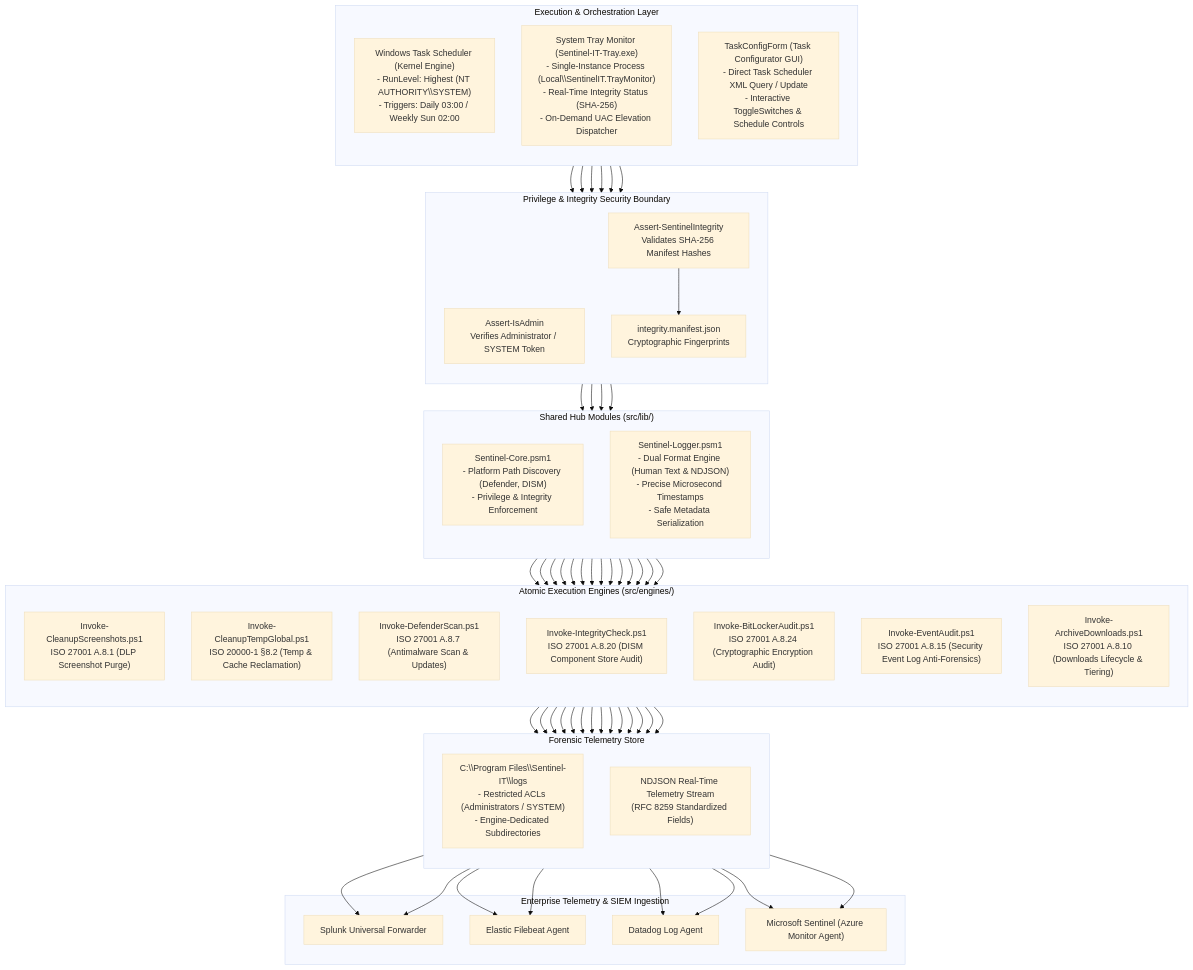
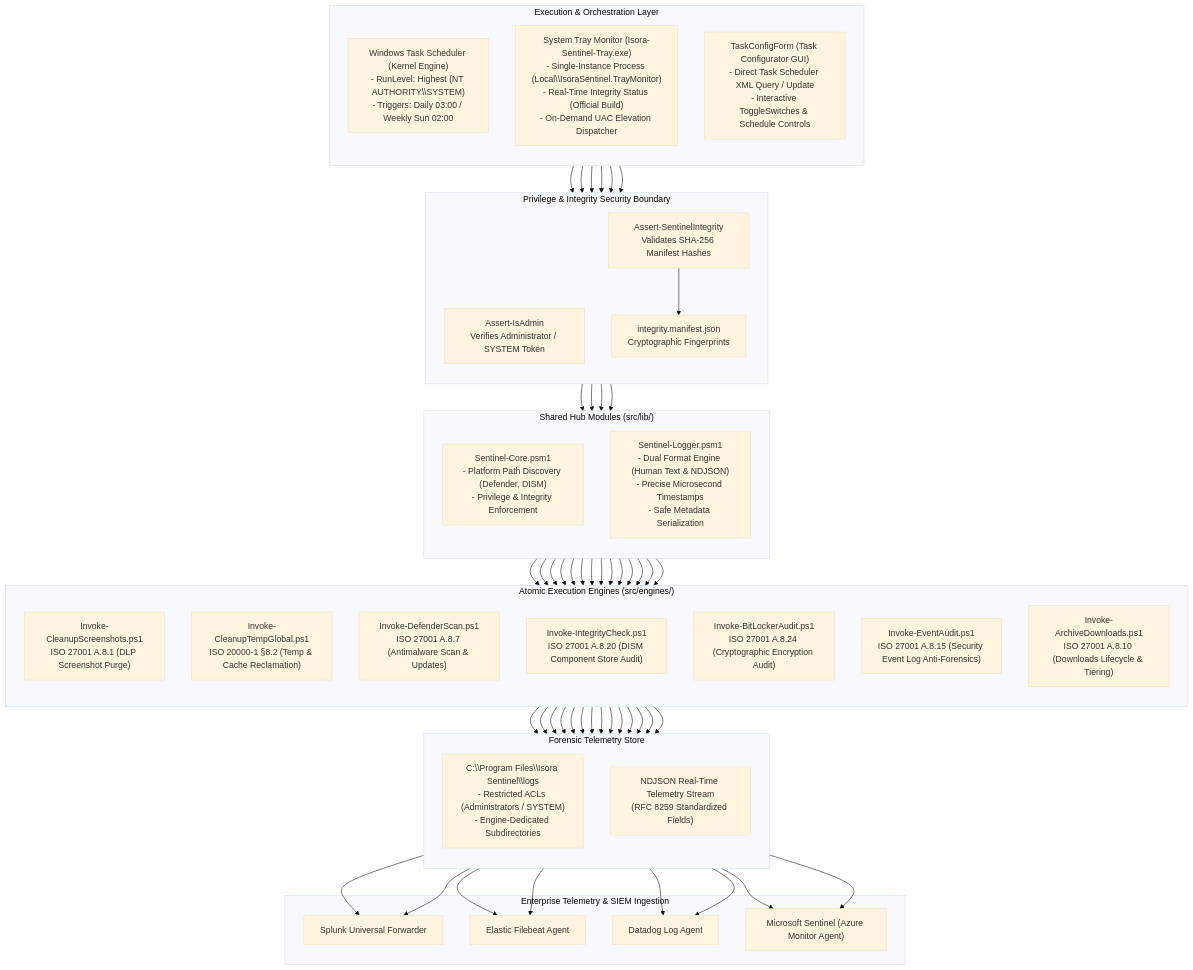
One commit to isora-cloud-group/Isora-Sentinel changed the first of 4 diagrams in docs/ARCHITECTURE.md. Above: the diagram before and after it, drawn with Mermaid (base theme). The commit also changed other lines of this file and 44 other files, not shown here.

Commit message:
refactor: rebrand project to Isora Sentinel and add bilingual internationalization and security hardening

````diff
--- a/docs/ARCHITECTURE.md
+++ b/docs/ARCHITECTURE.md
@@ -25,53 +25,53 @@
 ```mermaid
 flowchart TD
     subgraph Schedulers["Execution & Orchestration Layer"]
         direction TB
         TaskSched["Windows Task Scheduler (Kernel Engine)\n- RunLevel: Highest (NT AUTHORITY\\SYSTEM)\n- Triggers: Daily 03:00 / Weekly Sun 02:00"]
-        Tray["System Tray Monitor (Sentinel-IT-Tray.exe)\n- Single-Instance Process (Local\\SentinelIT.TrayMonitor)\n- Real-Time Integrity Status (SHA-256)\n- On-Demand UAC Elevation Dispatcher"]
+        Tray["System Tray Monitor (Isora-Sentinel-Tray.exe)\n- Single-Instance Process (Local\\IsoraSentinel.TrayMonitor)\n- Real-Time Integrity Status (Official Build)\n- On-Demand UAC Elevation Dispatcher"]
         ConfigForm["TaskConfigForm (Task Configurator GUI)\n- Direct Task Scheduler XML Query / Update\n- Interactive ToggleSwitches & Schedule Controls"]
     end
 
     subgraph SecurityBoundary["Privilege & Integrity Security Boundary"]
         direction TB
         AssertAdmin["Assert-IsAdmin\nVerifies Administrator / SYSTEM Token"]
         AssertIntegrity["Assert-SentinelIntegrity\nValidates SHA-256 Manifest Hashes"]
         Manifest["integrity.manifest.json\nCryptographic Fingerprints"]
     end
 
     subgraph CentralHub["Shared Hub Modules (src/lib/)"]
         direction TB
         Core["Sentinel-Core.psm1\n- Platform Path Discovery (Defender, DISM)\n- Privilege & Integrity Enforcement"]
         Logger["Sentinel-Logger.psm1\n- Dual Format Engine (Human Text & NDJSON)\n- Precise Microsecond Timestamps\n- Safe Metadata Serialization"]
     end
 
     subgraph ExecutionSpokes["Atomic Execution Engines (src/engines/)"]
         direction TB
         E1["Invoke-CleanupScreenshots.ps1\nISO 27001 A.8.1 (DLP Screenshot Purge)"]
         E2["Invoke-CleanupTempGlobal.ps1\nISO 20000-1 §8.2 (Temp & Cache Reclamation)"]
         E3["Invoke-DefenderScan.ps1\nISO 27001 A.8.7 (Antimalware Scan & Updates)"]
         E4["Invoke-IntegrityCheck.ps1\nISO 27001 A.8.20 (DISM Component Store Audit)"]
         E5["Invoke-BitLockerAudit.ps1\nISO 27001 A.8.24 (Cryptographic Encryption Audit)"]
         E6["Invoke-EventAudit.ps1\nISO 27001 A.8.15 (Security Event Log Anti-Forensics)"]
         E7["Invoke-ArchiveDownloads.ps1\nISO 27001 A.8.10 (Downloads Lifecycle & Tiering)"]
     end
 
     subgraph LocalStorage["Forensic Telemetry Store"]
         direction TB
-        LogsDir["C:\\Program Files\\Sentinel-IT\\logs\n- Restricted ACLs (Administrators / SYSTEM)\n- Engine-Dedicated Subdirectories"]
+        LogsDir["C:\\Program Files\\Isora Sentinel\\logs\n- Restricted ACLs (Administrators / SYSTEM)\n- Engine-Dedicated Subdirectories"]
         NDJSONStream["NDJSON Real-Time Telemetry Stream\n(RFC 8259 Standardized Fields)"]
     end
 
     subgraph SIEMLayer["Enterprise Telemetry & SIEM Ingestion"]
         Splunk["Splunk Universal Forwarder"]
         Elastic["Elastic Filebeat Agent"]
         Datadog["Datadog Log Agent"]
         Sentinel["Microsoft Sentinel (Azure Monitor Agent)"]
     end
 
     TaskSched & Tray & ConfigForm --> AssertAdmin & AssertIntegrity
     AssertIntegrity --> Manifest
     AssertAdmin & AssertIntegrity --> Core & Logger
     Core & Logger --> E1 & E2 & E3 & E4 & E5 & E6 & E7
     E1 & E2 & E3 & E4 & E5 & E6 & E7 --> LogsDir & NDJSONStream
     LogsDir & NDJSONStream --> Splunk & Elastic & Datadog & Sentinel
 ```
````
